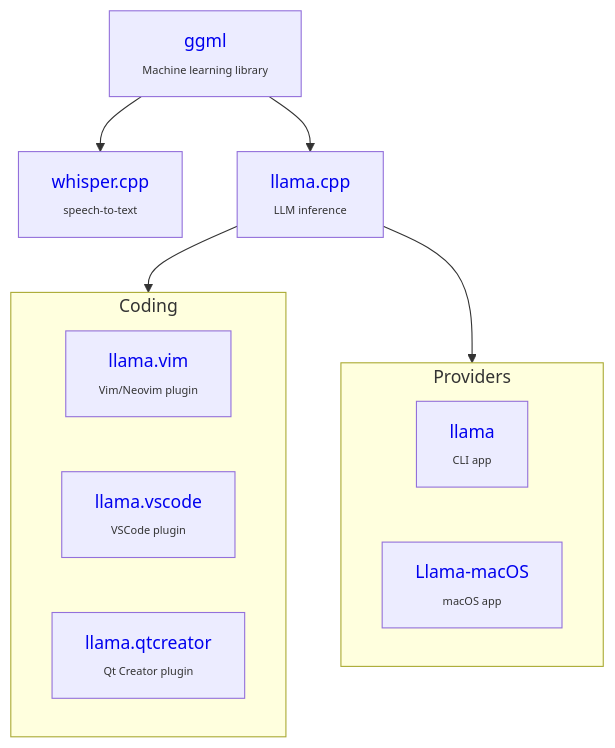
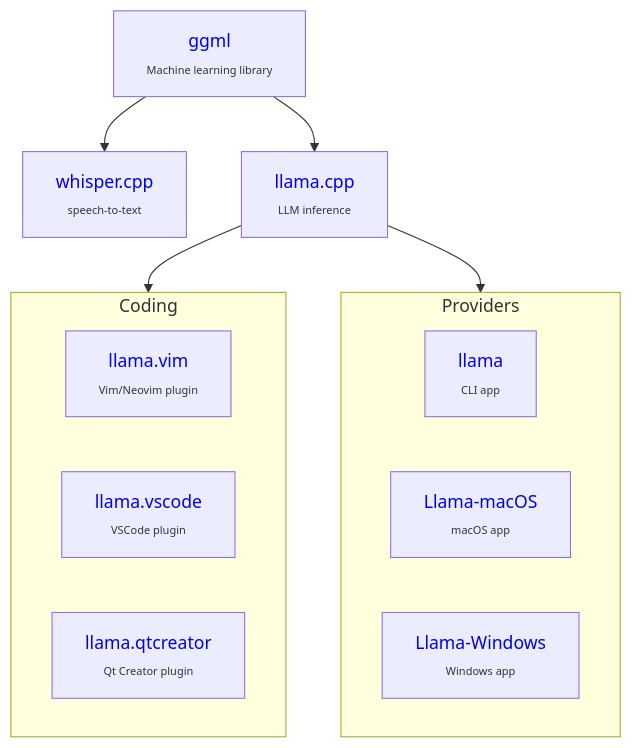
Before and after one commit to ggml-org/.github: the diagram in profile/README.md, drawn with Mermaid. The commit also changed other lines of this file, not shown here.

````diff
--- a/profile/README.md
+++ b/profile/README.md
@@ -8,27 +8,29 @@
 ```mermaid
 graph TD;
 ggml --> whisper.cpp
 ggml --> llama.cpp
 llama.cpp --> coding
 llama.cpp --> providers
 
 subgraph coding[Coding]
     llama.vim
     llama.vscode
     llama.qtcreator
 end
 
 subgraph providers[Providers]
     llama
-    LlamaBarn
+    Llama-macOS
+    Llama-Windows
 end
 
 ggml[<a href="https://github.com/ggml-org/ggml"                       style="text-decoration:none;">ggml</a>            <br><span style="font-size:10px;">Machine learning library</span>];
 whisper.cpp[<a href="https://github.com/ggml-org/whisper.cpp"         style="text-decoration:none;">whisper.cpp</a>     <br><span style="font-size:10px;">speech-to-text</span>];
 llama.cpp[<a href="https://github.com/ggml-org/llama.cpp"             style="text-decoration:none;">llama.cpp</a>       <br><span style="font-size:10px;">LLM inference</span>];
 llama.vim[<a href="https://github.com/ggml-org/llama.vim"             style="text-decoration:none;">llama.vim</a>       <br><span style="font-size:10px;">Vim/Neovim plugin</span>];
 llama.vscode[<a href="https://github.com/ggml-org/llama.vscode"       style="text-decoration:none;">llama.vscode</a>    <br><span style="font-size:10px;">VSCode plugin</span>];
 llama.qtcreator[<a href="https://github.com/ggml-org/llama.qtcreator" style="text-decoration:none;">llama.qtcreator</a> <br><span style="font-size:10px;">Qt Creator plugin</span>];
 llama[<a href="https://llama.app"                                     style="text-decoration:none;">llama</a>           <br><span style="font-size:10px;">CLI app</span>];
-LlamaBarn[<a href="https://github.com/ggml-org/Llama-macOS"           style="text-decoration:none;">Llama-macOS</a>     <br><span style="font-size:10px;">macOS app</span>];
+Llama-macOS[<a href="https://github.com/ggml-org/Llama-macOS"         style="text-decoration:none;">Llama-macOS</a>     <br><span style="font-size:10px;">macOS app</span>];
+Llama-Windows[<a href="https://github.com/ggml-org/Llama-Windows"     style="text-decoration:none;">Llama-Windows</a>   <br><span style="font-size:10px;">Windows app</span>];
 ```
````
